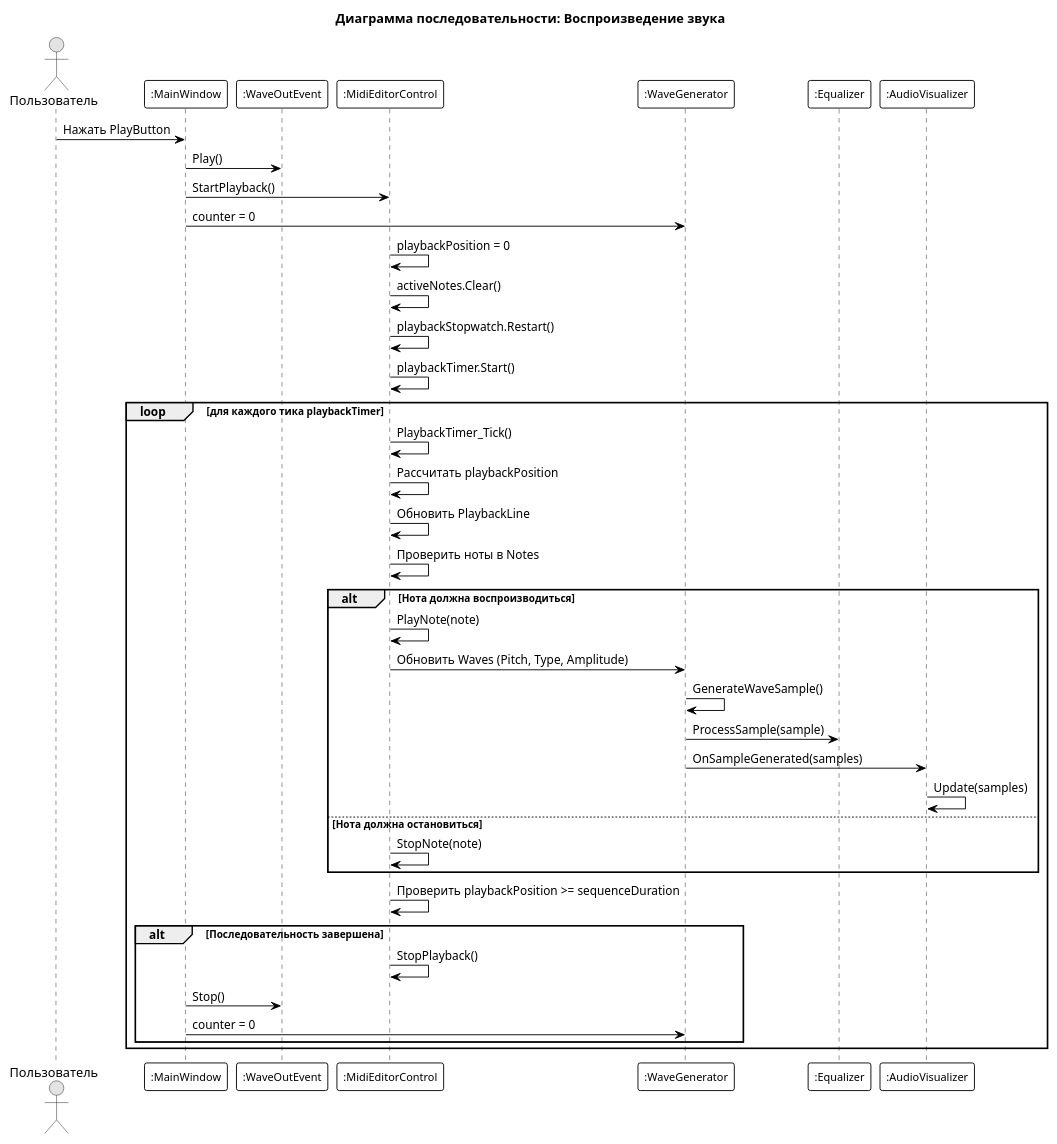
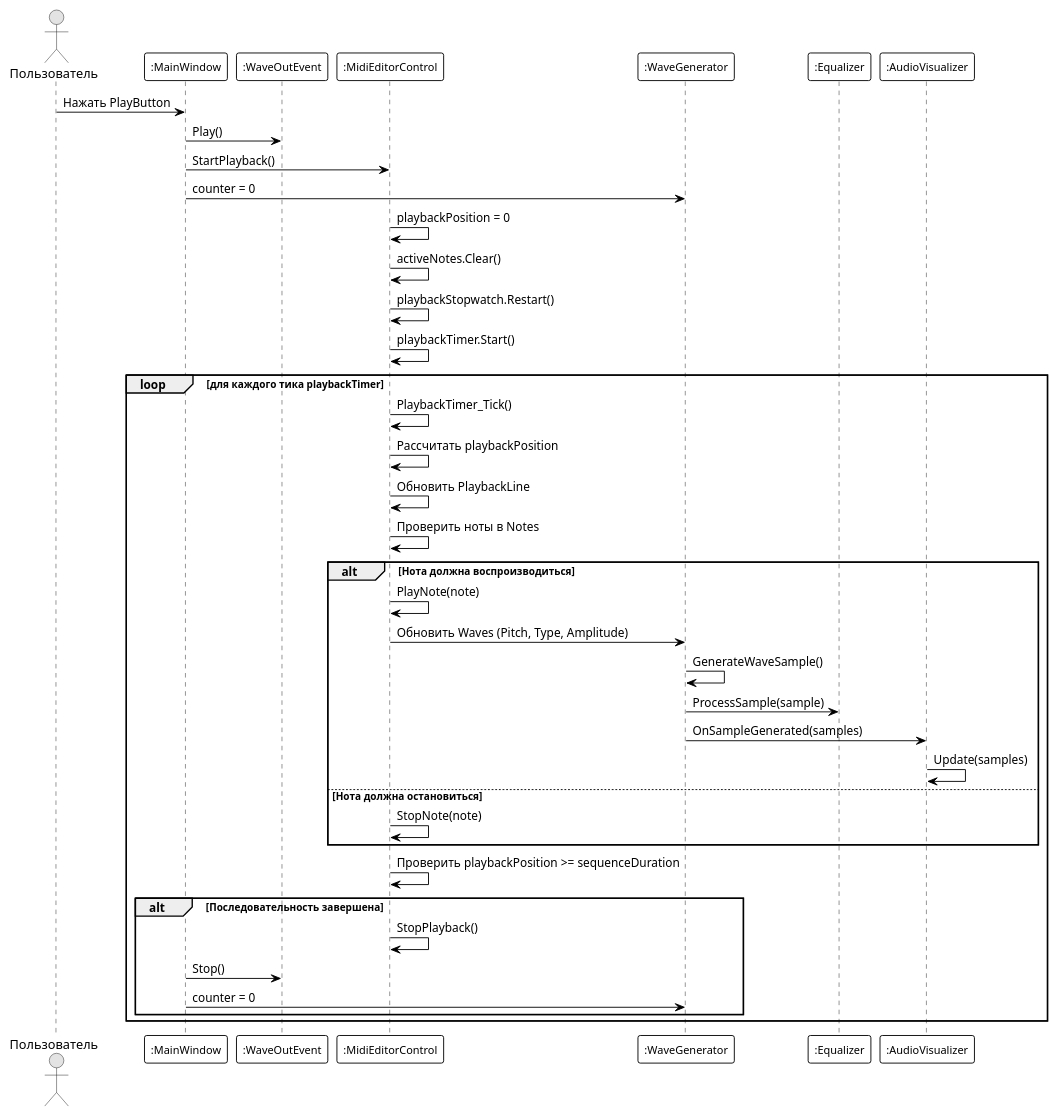
Before and after one commit to alex-pyslar/dream-synth: the diagram in docs/sequence.puml, drawn with PlantUML. The commit also changed 26 other files, not shown here.

Commit message:
Редактирование блок схем

```diff
--- a/docs/sequence.puml
+++ b/docs/sequence.puml
@@ -1,55 +1,52 @@
 @startuml SequenceDiagramPlayback
 
-' ГОСТ-стиль: черно-белый, без теней
 skinparam monochrome true
 skinparam shadowing false
 skinparam participantFontSize 12
 skinparam participantFontName Arial
 skinparam participantBorderThickness 1
 skinparam participantBackgroundColor none
 skinparam participantBorderColor black
 skinparam ArrowColor black
-
-title Диаграмма последовательности: Воспроизведение звука
 
 actor Пользователь
 participant ":MainWindow" as MainWindow
 participant ":WaveOutEvent" as WaveOut
 participant ":MidiEditorControl" as MidiEditor
 participant ":WaveGenerator" as WaveGenerator
 participant ":Equalizer" as Equalizer
 participant ":AudioVisualizer" as Visualizer
 
 Пользователь -> MainWindow: Нажать PlayButton
 MainWindow -> WaveOut: Play()
 MainWindow -> MidiEditor: StartPlayback()
 MainWindow -> WaveGenerator: counter = 0
 MidiEditor -> MidiEditor: playbackPosition = 0
 MidiEditor -> MidiEditor: activeNotes.Clear()
 MidiEditor -> MidiEditor: playbackStopwatch.Restart()
 MidiEditor -> MidiEditor: playbackTimer.Start()
 
 loop для каждого тика playbackTimer
   MidiEditor -> MidiEditor: PlaybackTimer_Tick()
   MidiEditor -> MidiEditor: Рассчитать playbackPosition
   MidiEditor -> MidiEditor: Обновить PlaybackLine
   MidiEditor -> MidiEditor: Проверить ноты в Notes
   alt Нота должна воспроизводиться
     MidiEditor -> MidiEditor: PlayNote(note)
     MidiEditor -> WaveGenerator: Обновить Waves (Pitch, Type, Amplitude)
     WaveGenerator -> WaveGenerator: GenerateWaveSample()
     WaveGenerator -> Equalizer: ProcessSample(sample)
     WaveGenerator -> Visualizer: OnSampleGenerated(samples)
     Visualizer -> Visualizer: Update(samples)
   else Нота должна остановиться
     MidiEditor -> MidiEditor: StopNote(note)
   end alt
   MidiEditor -> MidiEditor: Проверить playbackPosition >= sequenceDuration
   alt Последовательность завершена
     MidiEditor -> MidiEditor: StopPlayback()
     MainWindow -> WaveOut: Stop()
     MainWindow -> WaveGenerator: counter = 0
   end alt
 end loop
 
 @enduml
```
